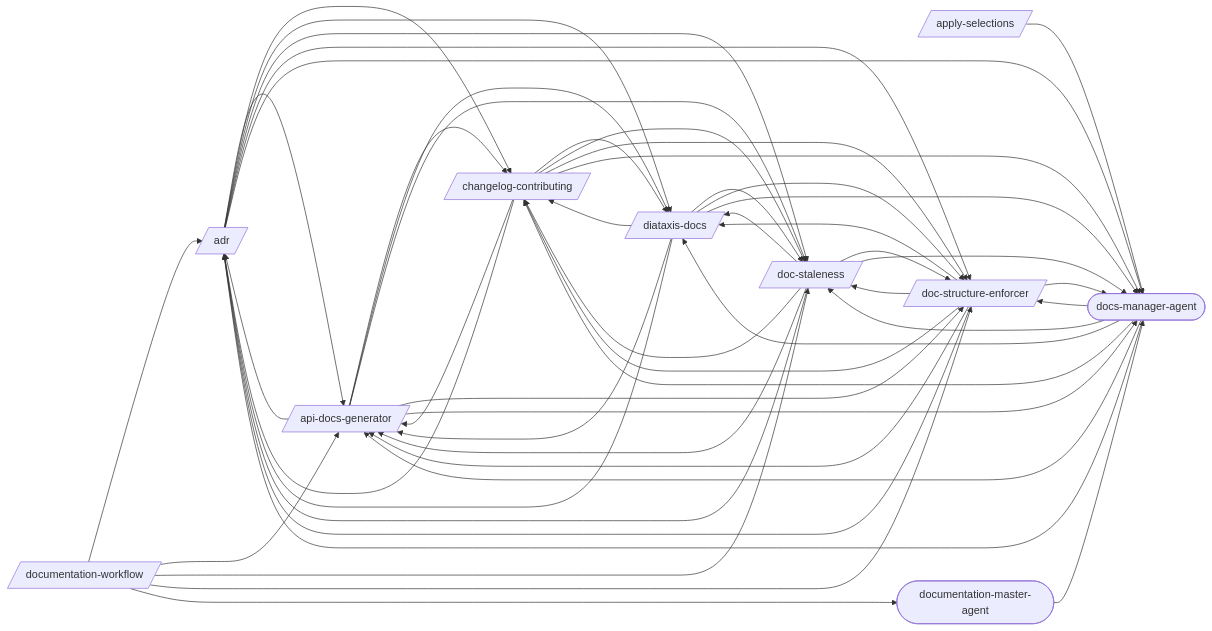
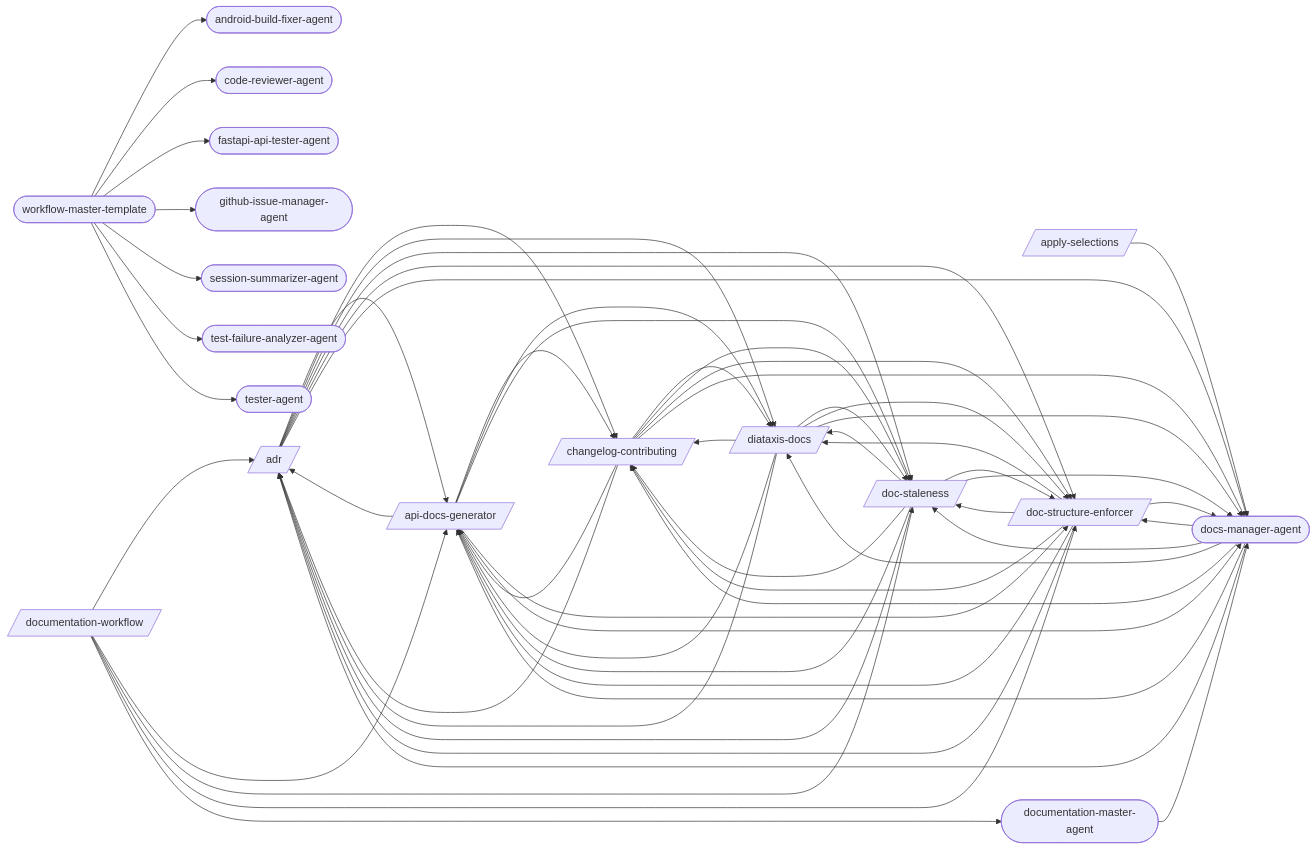
One commit to abhayla/claude-best-practices changed the first of 12 diagrams in docs/workflows/documentation.md. Above: the diagram before and after it, drawn with Mermaid. The commit also changed other lines of this file and 14 other files, not shown here.

````diff
--- a/docs/workflows/documentation.md
+++ b/docs/workflows/documentation.md
@@ -9,62 +9,77 @@
 ```mermaid
 graph LR
     adr[/adr/]
     api_docs_generator[/api-docs-generator/]
     apply_selections[/apply-selections/]
     changelog_contributing[/changelog-contributing/]
     diataxis_docs[/diataxis-docs/]
     doc_staleness[/doc-staleness/]
     doc_structure_enforcer[/doc-structure-enforcer/]
     documentation_workflow[/documentation-workflow/]
+    android_build_fixer_agent([android-build-fixer-agent])
+    code_reviewer_agent([code-reviewer-agent])
     docs_manager_agent([docs-manager-agent])
     documentation_master_agent([documentation-master-agent])
+    fastapi_api_tester_agent([fastapi-api-tester-agent])
+    github_issue_manager_agent([github-issue-manager-agent])
+    session_summarizer_agent([session-summarizer-agent])
+    test_failure_analyzer_agent([test-failure-analyzer-agent])
+    tester_agent([tester-agent])
+    workflow_master_template([workflow-master-template])
     adr --> api_docs_generator
     adr --> changelog_contributing
     adr --> diataxis_docs
     adr --> doc_staleness
     adr --> doc_structure_enforcer
     adr --> docs_manager_agent
     api_docs_generator --> adr
     api_docs_generator --> changelog_contributing
     api_docs_generator --> diataxis_docs
     api_docs_generator --> doc_staleness
     api_docs_generator --> doc_structure_enforcer
     api_docs_generator --> docs_manager_agent
     apply_selections --> docs_manager_agent
     changelog_contributing --> adr
     changelog_contributing --> api_docs_generator
     changelog_contributing --> diataxis_docs
     changelog_contributing --> doc_staleness
     changelog_contributing --> doc_structure_enforcer
     changelog_contributing --> docs_manager_agent
     diataxis_docs --> adr
     diataxis_docs --> api_docs_generator
     diataxis_docs --> changelog_contributing
     diataxis_docs --> doc_staleness
     diataxis_docs --> doc_structure_enforcer
     diataxis_docs --> docs_manager_agent
     doc_staleness --> adr
     doc_staleness --> api_docs_generator
     doc_staleness --> changelog_contributing
     doc_staleness --> diataxis_docs
     doc_staleness --> doc_structure_enforcer
     doc_staleness --> docs_manager_agent
     doc_structure_enforcer --> adr
     doc_structure_enforcer --> api_docs_generator
     doc_structure_enforcer --> changelog_contributing
     doc_structure_enforcer --> diataxis_docs
     doc_structure_enforcer --> doc_staleness
     doc_structure_enforcer --> docs_manager_agent
     documentation_workflow --> adr
     documentation_workflow --> api_docs_generator
     documentation_workflow --> doc_staleness
     documentation_workflow --> doc_structure_enforcer
     documentation_workflow --> documentation_master_agent
     docs_manager_agent --> adr
     docs_manager_agent --> api_docs_generator
     docs_manager_agent --> changelog_contributing
     docs_manager_agent --> diataxis_docs
     docs_manager_agent --> doc_staleness
     docs_manager_agent --> doc_structure_enforcer
     documentation_master_agent --> docs_manager_agent
+    workflow_master_template --> android_build_fixer_agent
+    workflow_master_template --> code_reviewer_agent
+    workflow_master_template --> fastapi_api_tester_agent
+    workflow_master_template --> github_issue_manager_agent
+    workflow_master_template --> session_summarizer_agent
+    workflow_master_template --> test_failure_analyzer_agent
+    workflow_master_template --> tester_agent
 ```
````
